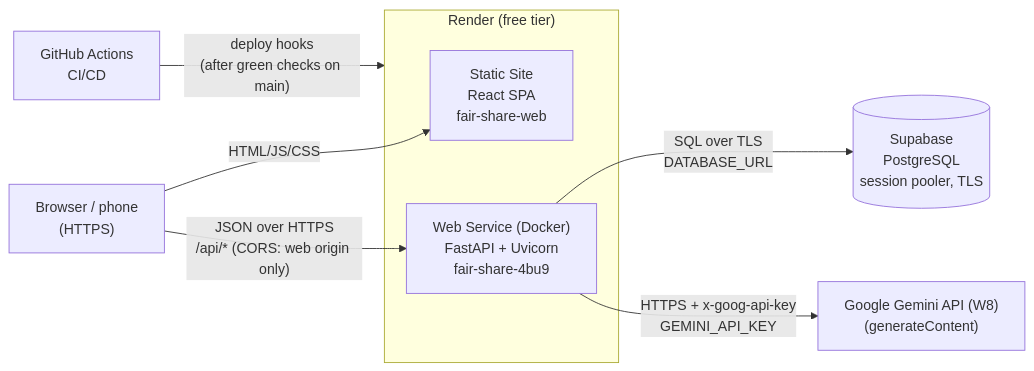
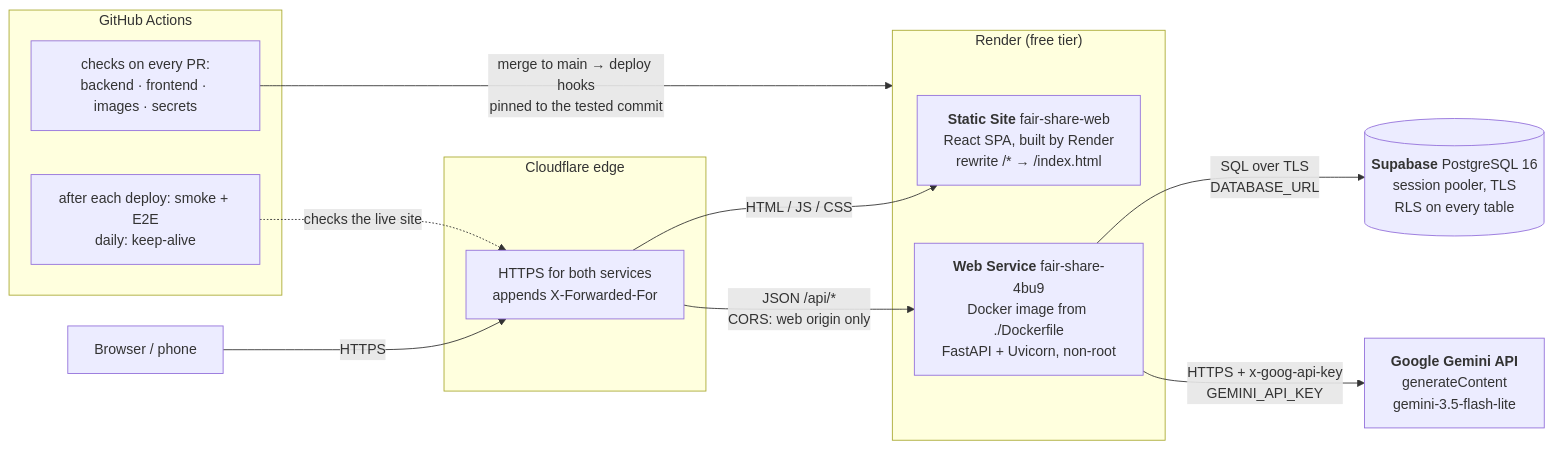
One commit to NeitLN/Fair-Share changed the first of 5 diagrams in docs/ARCHITECTURE.md. Above: the diagram before and after it, drawn with Mermaid. The commit also changed other lines of this file and 10 other files, not shown here.

First line of the commit message:
docs(diagrams): architecture, local stack and ER diagrams for the report (T-28)

````diff
--- a/docs/ARCHITECTURE.md
+++ b/docs/ARCHITECTURE.md
@@ -13,17 +16,29 @@
 ```mermaid
 flowchart LR
-    U["Browser / phone<br/>(HTTPS)"]
+    U["Browser / phone"]
+
+    subgraph CF["Cloudflare edge"]
+        EDGE["HTTPS for both services<br/>appends X-Forwarded-For"]
+    end
+
     subgraph Render["Render (free tier)"]
-        WEB["Static Site<br/>React SPA<br/>fair-share-web"]
-        API["Web Service (Docker)<br/>FastAPI + Uvicorn<br/>fair-share-4bu9"]
+        WEB["<b>Static Site</b> fair-share-web<br/>React SPA, built by Render<br/>rewrite /* → /index.html"]
+        API["<b>Web Service</b> fair-share-4bu9<br/>Docker image from ./Dockerfile<br/>FastAPI + Uvicorn, non-root"]
     end
-    DB[("Supabase<br/>PostgreSQL<br/>session pooler, TLS")]
-    AI["Google Gemini API (W8)<br/>(generateContent)"]
-    GH["GitHub Actions<br/>CI/CD"]
 
-    U -- "HTML/JS/CSS" --> WEB
-    U -- "JSON over HTTPS<br/>/api/* (CORS: web origin only)" --> API
+    DB[("<b>Supabase</b> PostgreSQL 16<br/>session pooler, TLS<br/>RLS on every table")]
+    AI["<b>Google Gemini API</b><br/>generateContent<br/>gemini-3.5-flash-lite"]
+
+    subgraph GH["GitHub Actions"]
+        CI["checks on every PR:<br/>backend · frontend · images · secrets"]
+        POST["after each deploy: smoke + E2E<br/>daily: keep-alive"]
+    end
+
+    U -- "HTTPS" --> EDGE
+    EDGE -- "HTML / JS / CSS" --> WEB
+    EDGE -- "JSON /api/*<br/>CORS: web origin only" --> API
     API -- "SQL over TLS<br/>DATABASE_URL" --> DB
     API -- "HTTPS + x-goog-api-key<br/>GEMINI_API_KEY" --> AI
-    GH -- "deploy hooks<br/>(after green checks on main)" --> Render
+    CI -- "merge to main → deploy hooks<br/>pinned to the tested commit" --> Render
+    POST -. "checks the live site" .-> EDGE
 ```
````
